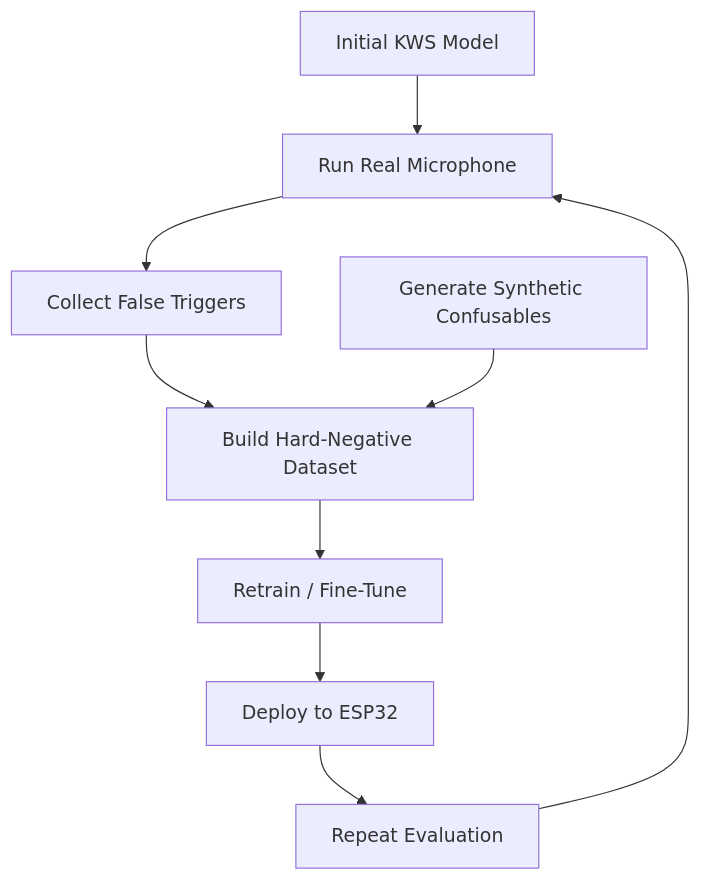
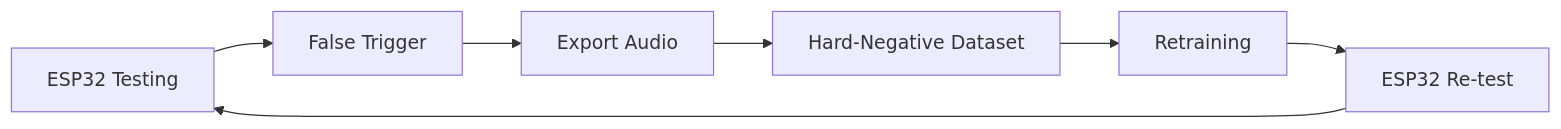
Before and after one commit to Raj24-dev/Kws: the sixth of 8 diagrams in README.md, drawn with Mermaid. The commit also changed other lines of this file, not shown here.

````diff
--- a/README.md
+++ b/README.md
@@ -986,21 +482,12 @@
 ```mermaid
-flowchart TD
+flowchart LR
 
-    A["Initial KWS Model"]
-    B["Run Real Microphone"]
-    C["Collect False Triggers"]
-    D["Generate Synthetic Confusables"]
-    E["Build Hard-Negative Dataset"]
-    F["Retrain / Fine-Tune"]
-    G["Deploy to ESP32"]
-    H["Repeat Evaluation"]
+    A["ESP32 Testing"]
+    B["False Trigger"]
+    C["Export Audio"]
+    D["Hard-Negative Dataset"]
+    E["Retraining"]
+    F["ESP32 Re-test"]
 
-    A --> B
-    B --> C
-    C --> E
-    D --> E
-    E --> F
-    F --> G
-    G --> H
-    H --> B
+    A --> B --> C --> D --> E --> F --> A
 ```
````
